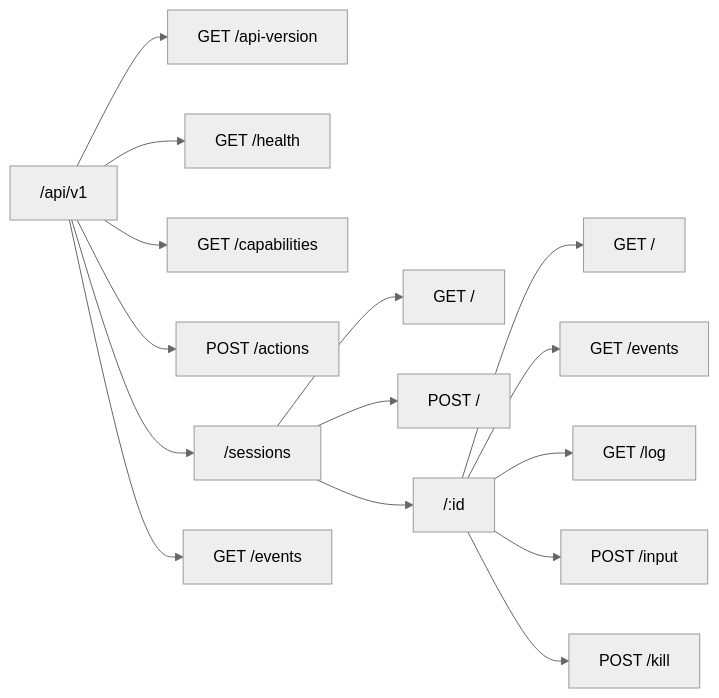
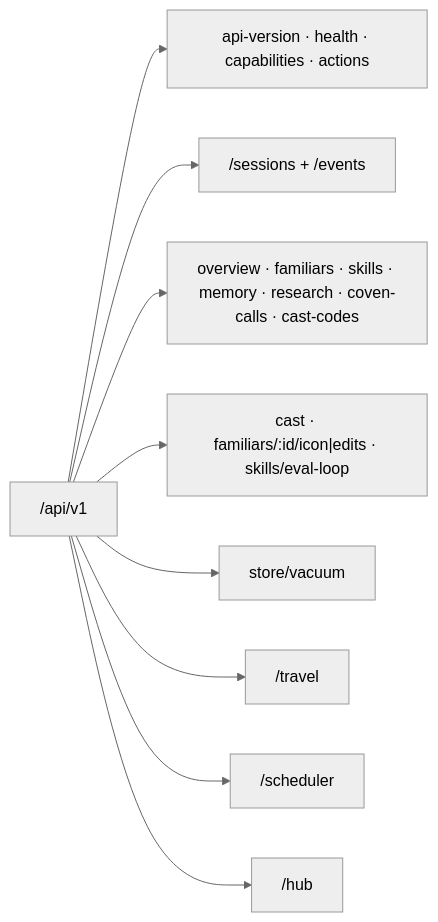
One commit to OpenCoven/coven changed the diagram in docs/reference/api.md. Above: the diagram before and after it, drawn with Mermaid (neutral theme). The commit also changed other lines of this file and 2 other files, not shown here.

````diff
--- a/docs/reference/api.md
+++ b/docs/reference/api.md
@@ -13,18 +13,11 @@
 ```mermaid
 flowchart LR
-  Root["/api/v1"] --> Version["GET /api-version"]
-  Root --> Health["GET /health"]
-  Root --> Capabilities["GET /capabilities"]
-  Root --> Actions["POST /actions"]
-  Root --> Sessions["/sessions"]
-  Root --> Events["GET /events"]
-
-  Sessions --> SList["GET /"]
-  Sessions --> SCreate["POST /"]
-  Sessions --> SById["/:id"]
-  SById --> SGet["GET /"]
-  SById --> SEvents["GET /events"]
-  SById --> SLog["GET /log"]
-  SById --> SInput["POST /input"]
-  SById --> SKill["POST /kill"]
+  Root["/api/v1"] --> Contract["api-version · health · capabilities · actions"]
+  Root --> Sessions["/sessions + /events"]
+  Root --> Reads["overview · familiars · skills · memory · research · coven-calls · cast-codes"]
+  Root --> Writes["cast · familiars/:id/icon|edits · skills/eval-loop"]
+  Root --> Store["store/vacuum"]
+  Root --> Travel["/travel"]
+  Root --> Scheduler["/scheduler"]
+  Root --> Hub["/hub"]
 ```
````
